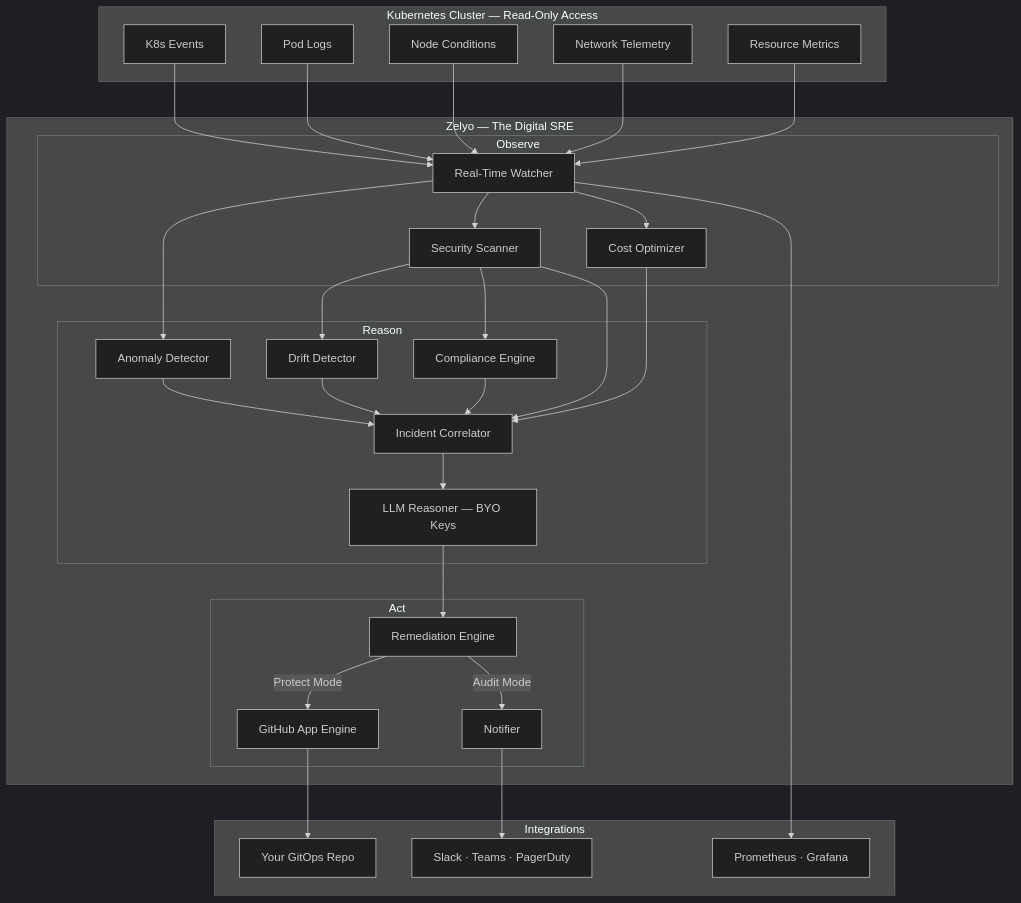
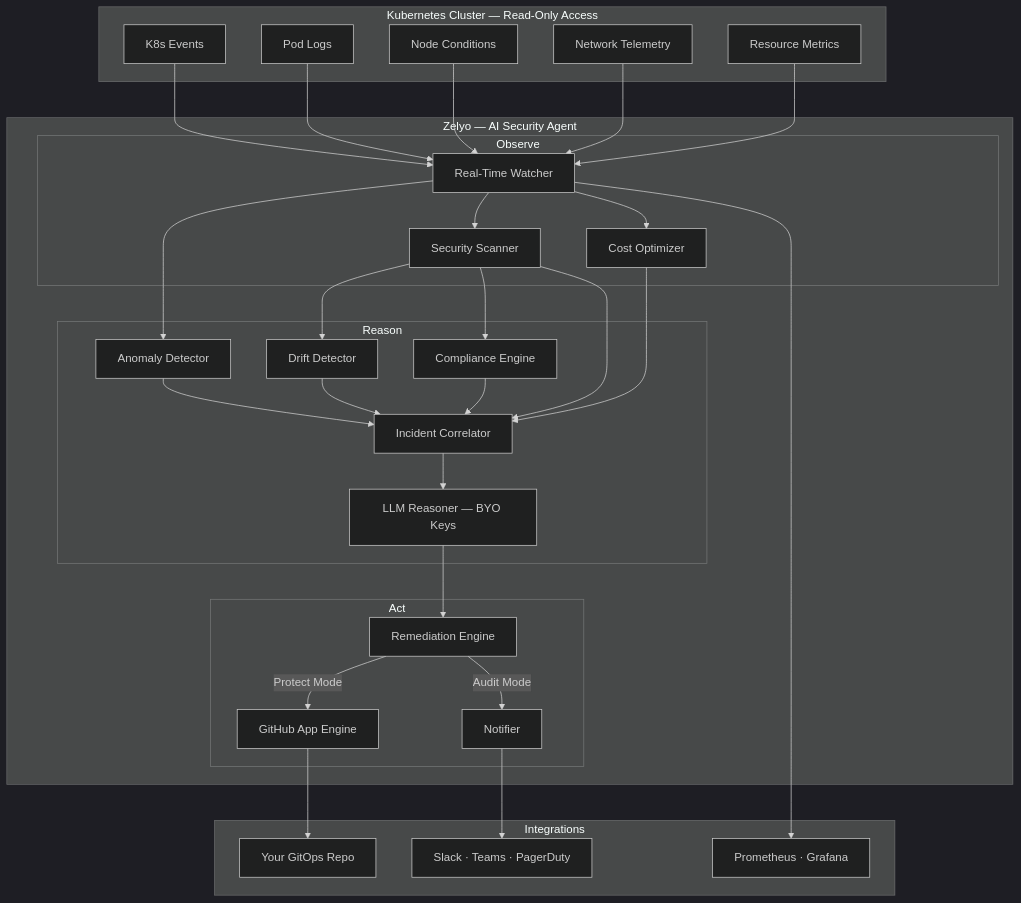
One commit to aotanami/aotanami changed the diagram in docs/index.md. Above: the diagram before and after it, drawn with Mermaid (dark theme). The commit also changed other lines of this file and 10 other files, not shown here.

Commit message:
refactor: rebrand Zelyo operator as an autonomous AI security agent with a Detect-Correlate-Fix pipeline (#63)

````diff
--- a/docs/index.md
+++ b/docs/index.md
@@ -125,48 +125,48 @@
 ```mermaid
 graph TB
     subgraph "Kubernetes Cluster — Read-Only Access"
         Events[K8s Events]
         Logs[Pod Logs]
         Nodes[Node Conditions]
         Net[Network Telemetry]
         Metrics[Resource Metrics]
     end
 
-    subgraph "Zelyo — The Digital SRE"
+    subgraph "Zelyo — AI Security Agent"
         subgraph "Observe"
             Watcher[Real-Time Watcher]
             Scanner[Security Scanner]
             CostEng[Cost Optimizer]
         end
         subgraph "Reason"
             AnomalyDet[Anomaly Detector]
             Correlator[Incident Correlator]
             Compliance[Compliance Engine]
             DriftDet[Drift Detector]
             LLM["LLM Reasoner — BYO Keys"]
         end
         subgraph "Act"
             Remediation[Remediation Engine]
             GitOps[GitHub App Engine]
             Notify[Notifier]
         end
     end
 
     subgraph "Integrations"
         GitRepo[Your GitOps Repo]
         Alerts["Slack · Teams · PagerDuty"]
         Prom["Prometheus · Grafana"]
     end
 
     Events & Logs & Nodes & Net & Metrics --> Watcher
     Watcher --> AnomalyDet & Scanner & CostEng
     Scanner --> DriftDet & Compliance
     AnomalyDet & Scanner & CostEng & DriftDet & Compliance --> Correlator
     Correlator --> LLM
     LLM --> Remediation
     Remediation -->|Protect Mode| GitOps
     Remediation -->|Audit Mode| Notify
     GitOps --> GitRepo
     Notify --> Alerts
     Watcher --> Prom
 ```
````
